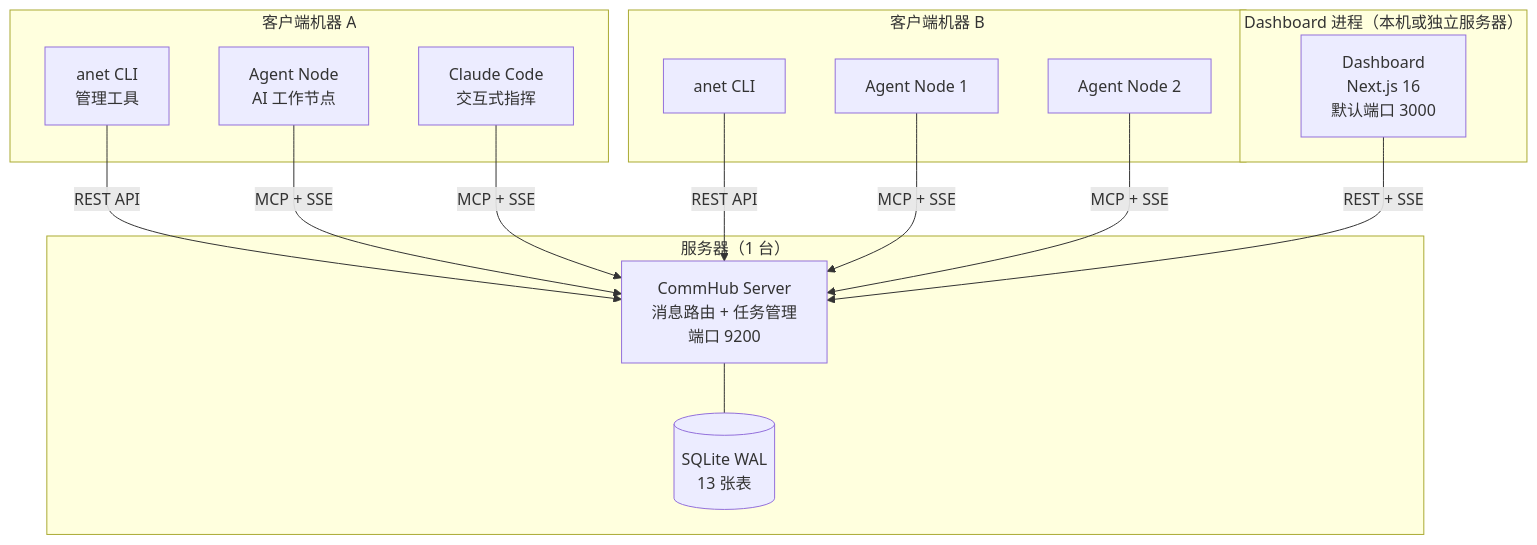
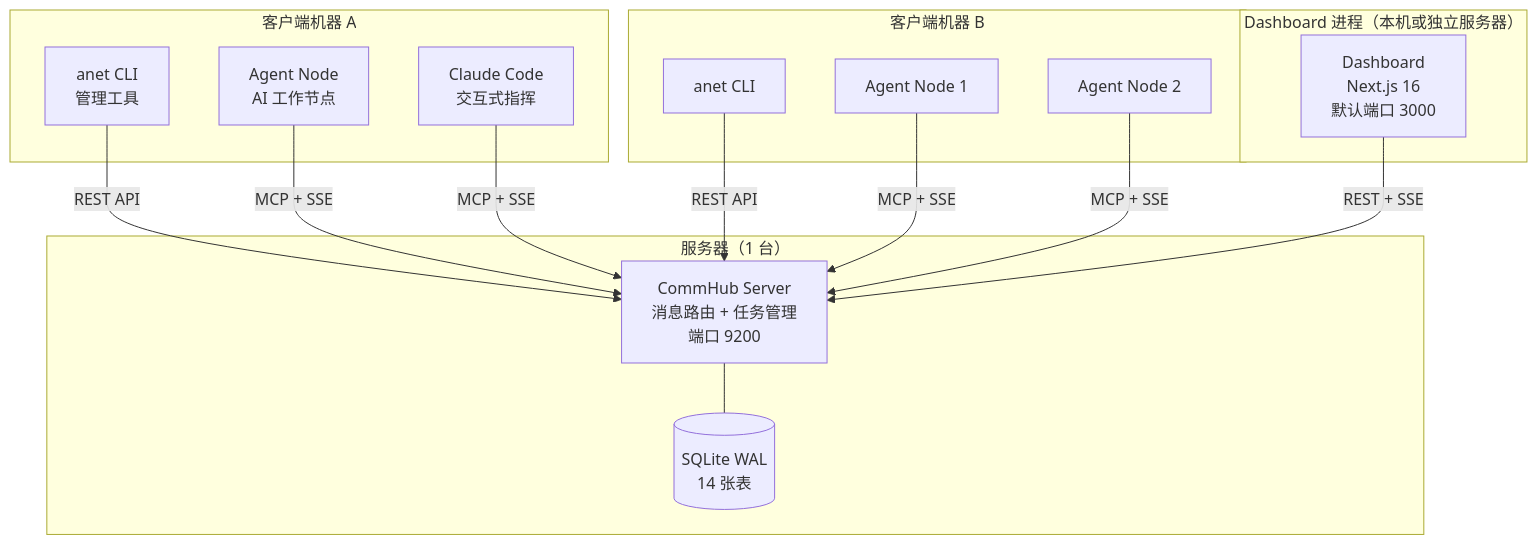
Before and after one commit to sleep2agi/agent-network: the first of 7 diagrams in docs-site/docs/guide/architecture.md, drawn with Mermaid. The commit also changed other lines of this file and 2 other files, not shown here.

Commit message:
docs(round-484 / issue-10): SQLite 表数 13→14 — db.ts 现有 14 张持久表（+rename_txn RFC-010；sessions_migrated 是迁移临时表不计）；cli.md + architecture.md ZH×4 + EN×1（changelog frozen 不动）

````diff
--- a/docs-site/docs/guide/architecture.md
+++ b/docs-site/docs/guide/architecture.md
@@ -9,32 +9,32 @@
 ```mermaid
 graph TB
     subgraph "服务器（1 台）"
         S["CommHub Server<br/>消息路由 + 任务管理<br/>端口 9200"]
-        DB[(SQLite WAL<br/>13 张表)]
+        DB[(SQLite WAL<br/>14 张表)]
         S --- DB
     end
 
     subgraph "Dashboard 进程（本机或独立服务器）"
         DASH_FULL["Dashboard<br/>Next.js 16<br/>默认端口 3000"]
     end
 
     subgraph "客户端机器 A"
         CLI_A["anet CLI<br/>管理工具"]
         AN_A["Agent Node<br/>AI 工作节点"]
         CC_A["Claude Code<br/>交互式指挥"]
     end
 
     subgraph "客户端机器 B"
         CLI_B["anet CLI"]
         AN_B1["Agent Node 1"]
         AN_B2["Agent Node 2"]
     end
 
     CLI_A -->|"REST API"| S
     AN_A -->|"MCP + SSE"| S
     CC_A -->|"MCP + SSE"| S
     CLI_B -->|"REST API"| S
     AN_B1 -->|"MCP + SSE"| S
     AN_B2 -->|"MCP + SSE"| S
     DASH_FULL -->|"REST + SSE"| S
 ```
````
